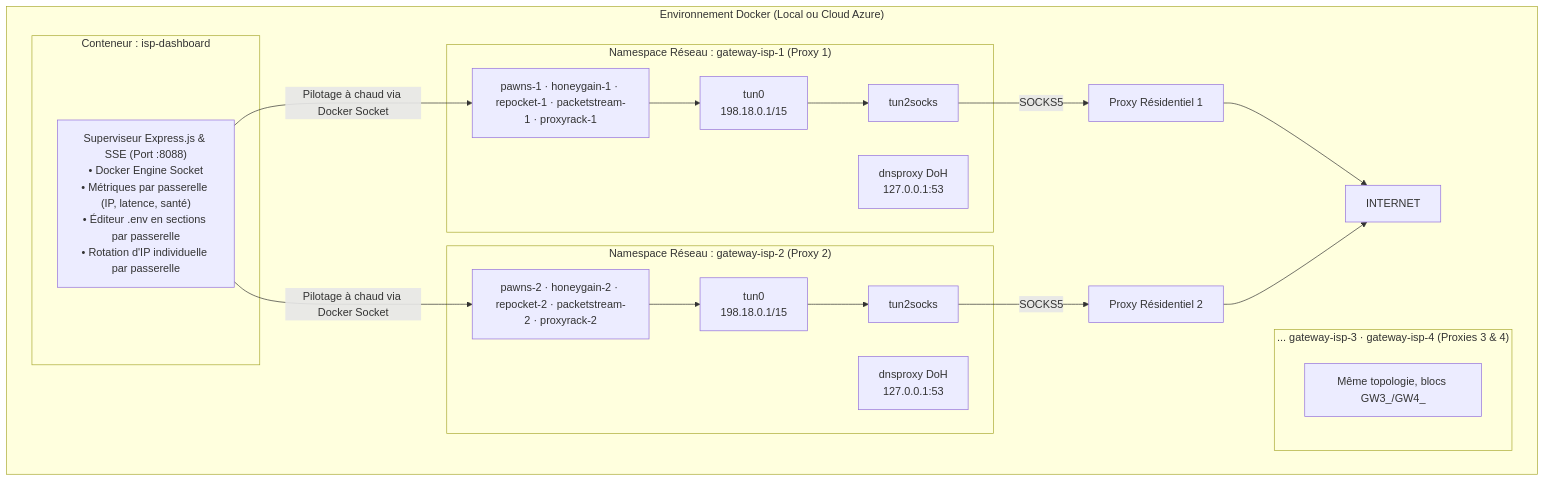
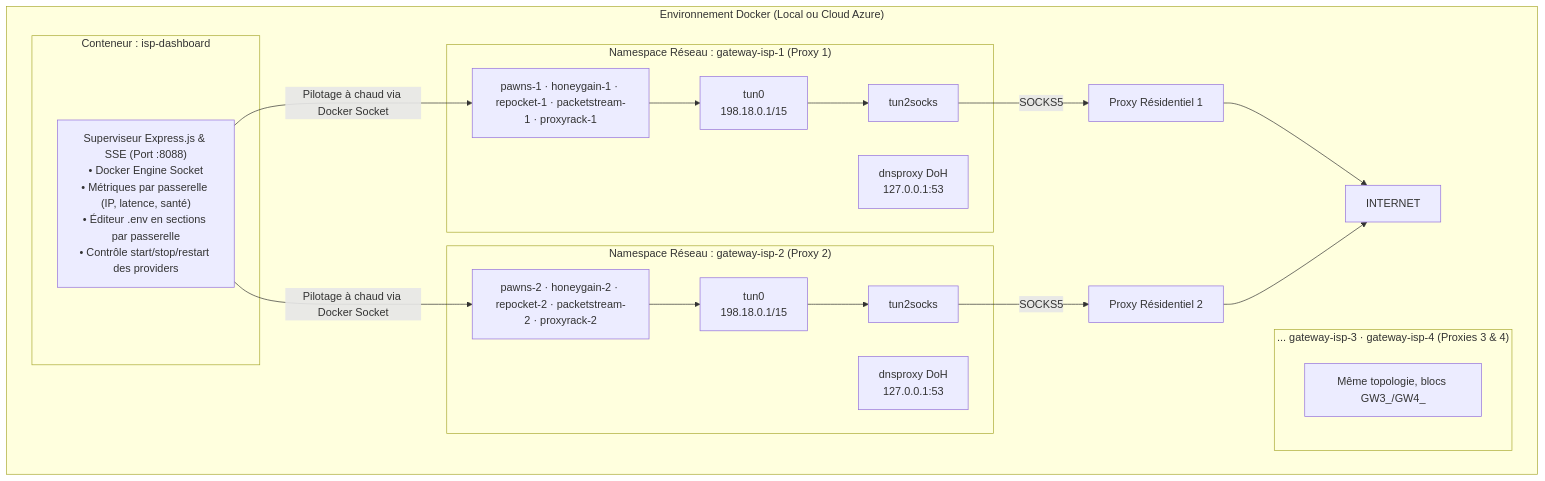
One commit to ki2pixel/proxy_docker changed the diagram in README.md. Above: the diagram before and after it, drawn with Mermaid. The commit also changed other lines of this file and 16 other files, not shown here.

````diff
--- a/README.md
+++ b/README.md
@@ -11,32 +11,32 @@
 ```mermaid
 graph TD
     subgraph Docker ["Environnement Docker (Local ou Cloud Azure)"]
         subgraph GW1 ["Namespace Réseau : gateway-isp-1 (Proxy 1)"]
             TUN1["tun0<br>198.18.0.1/15"] --> T2S1["tun2socks"]
             DOH1["dnsproxy DoH<br>127.0.0.1:53"]
             P1["pawns-1 · honeygain-1 · repocket-1 · packetstream-1 · proxyrack-1"]
         end
         subgraph GW2 ["Namespace Réseau : gateway-isp-2 (Proxy 2)"]
             TUN2["tun0<br>198.18.0.1/15"] --> T2S2["tun2socks"]
             DOH2["dnsproxy DoH<br>127.0.0.1:53"]
             P2["pawns-2 · honeygain-2 · repocket-2 · packetstream-2 · proxyrack-2"]
         end
         subgraph GW4 ["... gateway-isp-3 · gateway-isp-4 (Proxies 3 & 4)"]
             P4["Même topologie, blocs GW3_/GW4_"]
         end
 
         subgraph DashboardContainer ["Conteneur : isp-dashboard"]
-            DASH["Superviseur Express.js & SSE (Port :8088)<br>• Docker Engine Socket<br>• Métriques par passerelle (IP, latence, santé)<br>• Éditeur .env en sections par passerelle<br>• Rotation d'IP individuelle par passerelle"]
+            DASH["Superviseur Express.js & SSE (Port :8088)<br>• Docker Engine Socket<br>• Métriques par passerelle (IP, latence, santé)<br>• Éditeur .env en sections par passerelle<br>• Contrôle start/stop/restart des providers"]
         end
 
         UPSTREAM1["Proxy Résidentiel 1"] --> INTERNET
         UPSTREAM2["Proxy Résidentiel 2"] --> INTERNET
     end
 
     P1 --> TUN1
     P2 --> TUN2
     T2S1 -->|SOCKS5| UPSTREAM1
     T2S2 -->|SOCKS5| UPSTREAM2
     DASH -->|Pilotage à chaud via Docker Socket| P1
     DASH -->|Pilotage à chaud via Docker Socket| P2
 ```
````
